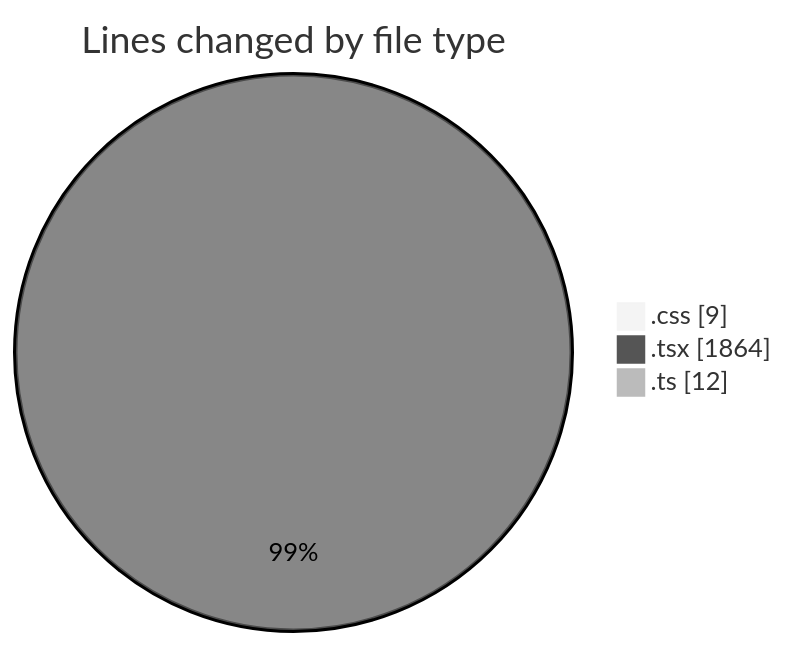
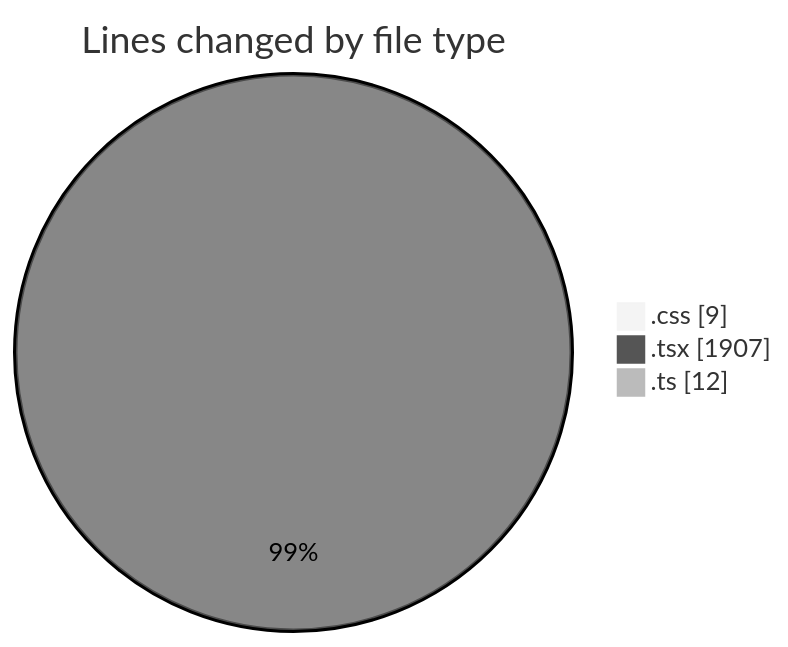
The first of 2 diagrams in 2025-02-28/audiobooks-web/README.md (robertbonfada/code-tracking), drawn with Mermaid (neutral theme) before and after one commit. The commit also changed other lines of this file and 1 other file, not shown here.

````diff
--- a/2025-02-28/audiobooks-web/README.md
+++ b/2025-02-28/audiobooks-web/README.md
@@ -32,7 +32,7 @@
 ```mermaid
 pie showData
 title Lines changed by file type
 ".css" : 9
-".tsx" : 1864
+".tsx" : 1907
 ".ts" : 12
 ```
````
